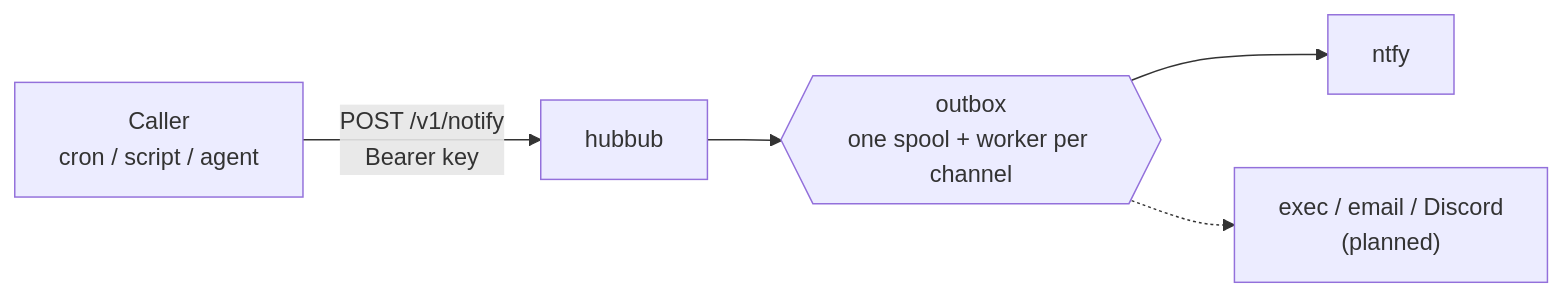
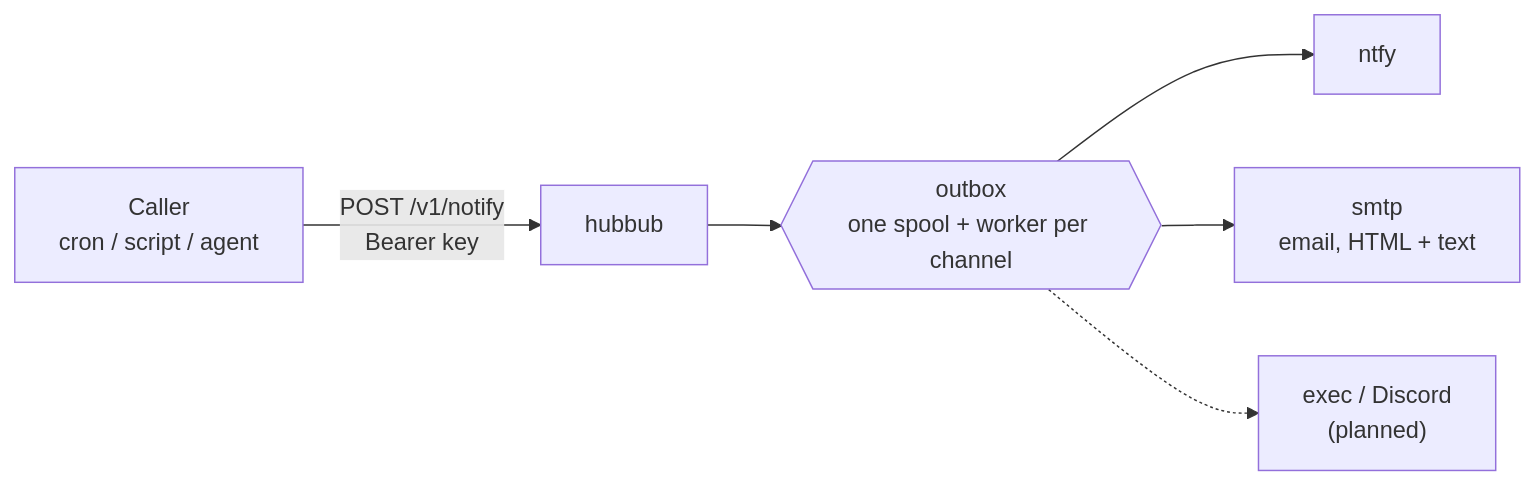
Before and after one commit to ryanlewis/hubbub: the diagram in README.md, drawn with Mermaid. The commit also changed other lines of this file and 9 other files, not shown here.

First line of the commit message:
feat(adapter): send email over SMTP, with the body the producer chose

````diff
--- a/README.md
+++ b/README.md
@@ -44,7 +44,8 @@
 ```mermaid
 flowchart LR
     A["Caller<br>cron / script / agent"] -->|"POST /v1/notify<br>Bearer key"| B[hubbub]
     B --> C{{outbox<br>one spool + worker per channel}}
     C --> D[ntfy]
-    C -.-> E["exec / email / Discord<br>(planned)"]
+    C --> E["smtp<br>email, HTML + text"]
+    C -.-> F["exec / Discord<br>(planned)"]
 ```
````
